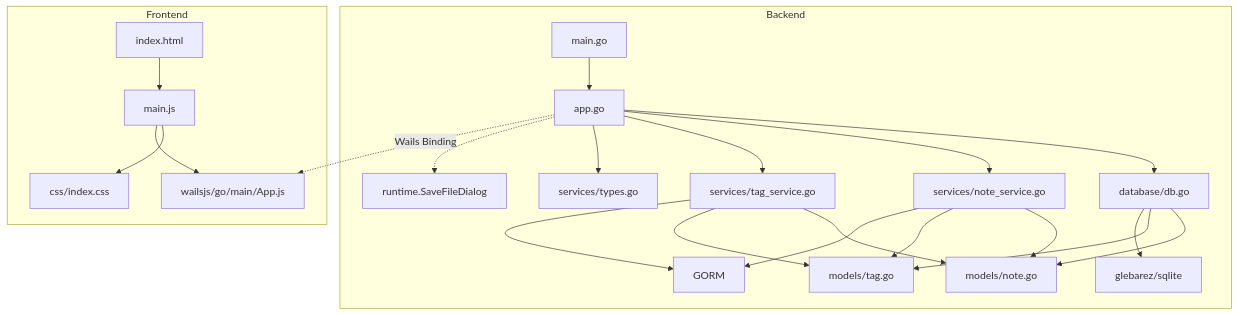
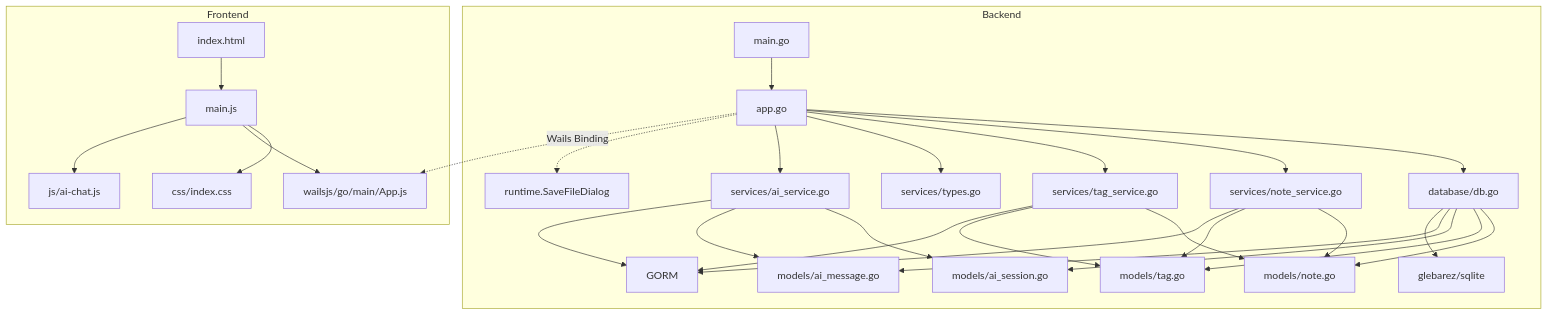
One commit to QiaoMuDe/jot changed the diagram in AGENTS.md. Above: the diagram before and after it, drawn with Mermaid. The commit also changed other lines of this file and 21 other files, not shown here.

````diff
--- a/AGENTS.md
+++ b/AGENTS.md
@@ -263,28 +266,35 @@
 ```mermaid
 graph TD
     subgraph Backend
         A[main.go] --> B[app.go]
         B --> C[database/db.go]
         B --> D[services/note_service.go]
         B --> E[services/tag_service.go]
         B --> F[services/types.go]
+        B --> AI[services/ai_service.go]
         C --> G[models/note.go]
         C --> H[models/tag.go]
+        C --> I[models/ai_session.go]
+        C --> J[models/ai_message.go]
         D --> G
         D --> H
         E --> G
         E --> H
-        C --> I[glebarez/sqlite]
-        D --> J[GORM]
-        E --> J
-        B -.-> K[runtime.SaveFileDialog]
+        AI --> I
+        AI --> J
+        C --> K[glebarez/sqlite]
+        D --> L[GORM]
+        E --> L
+        AI --> L
+        B -.-> M[runtime.SaveFileDialog]
     end
 
     subgraph Frontend
-        L[index.html] --> M[main.js]
-        M --> N[css/index.css]
-        M --> P[wailsjs/go/main/App.js]
+        N[index.html] --> O[main.js]
+        O --> P[css/index.css]
+        O --> Q[wailsjs/go/main/App.js]
+        O --> R[js/ai-chat.js]
     end
 
-    B -.->|Wails Binding| P
+    B -.->|Wails Binding| Q
 ```
````
